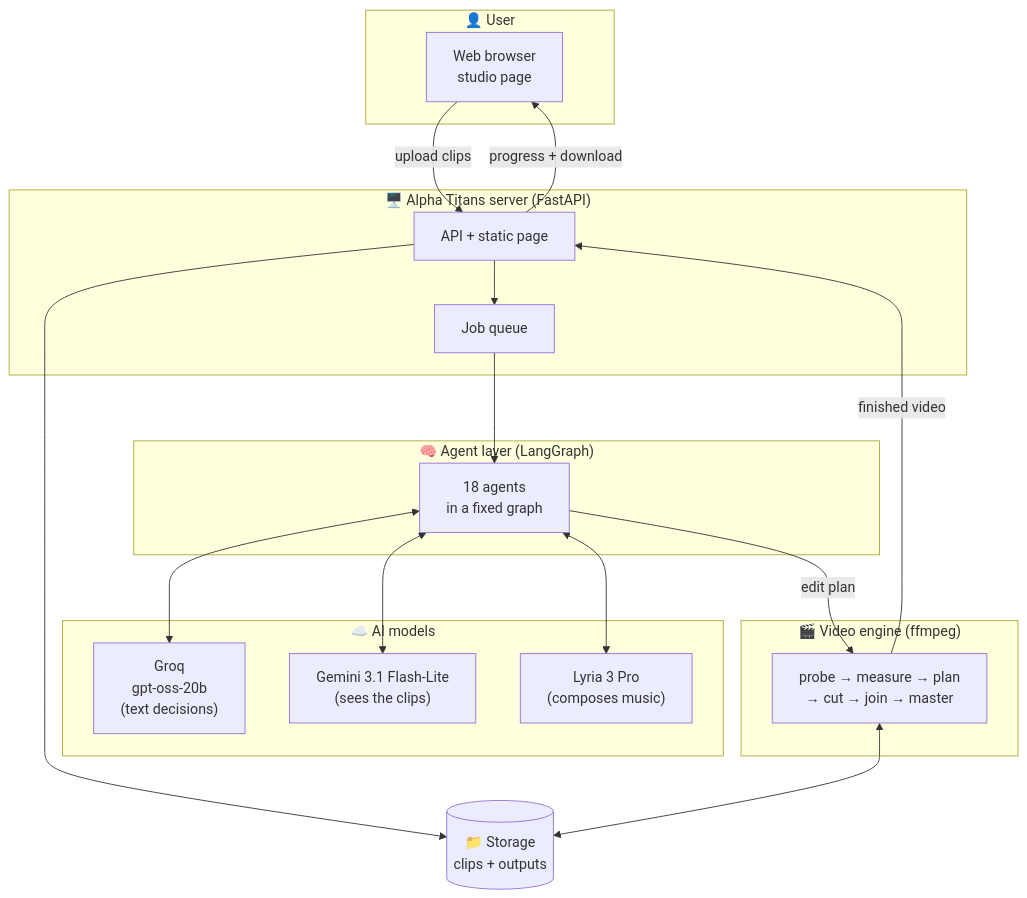
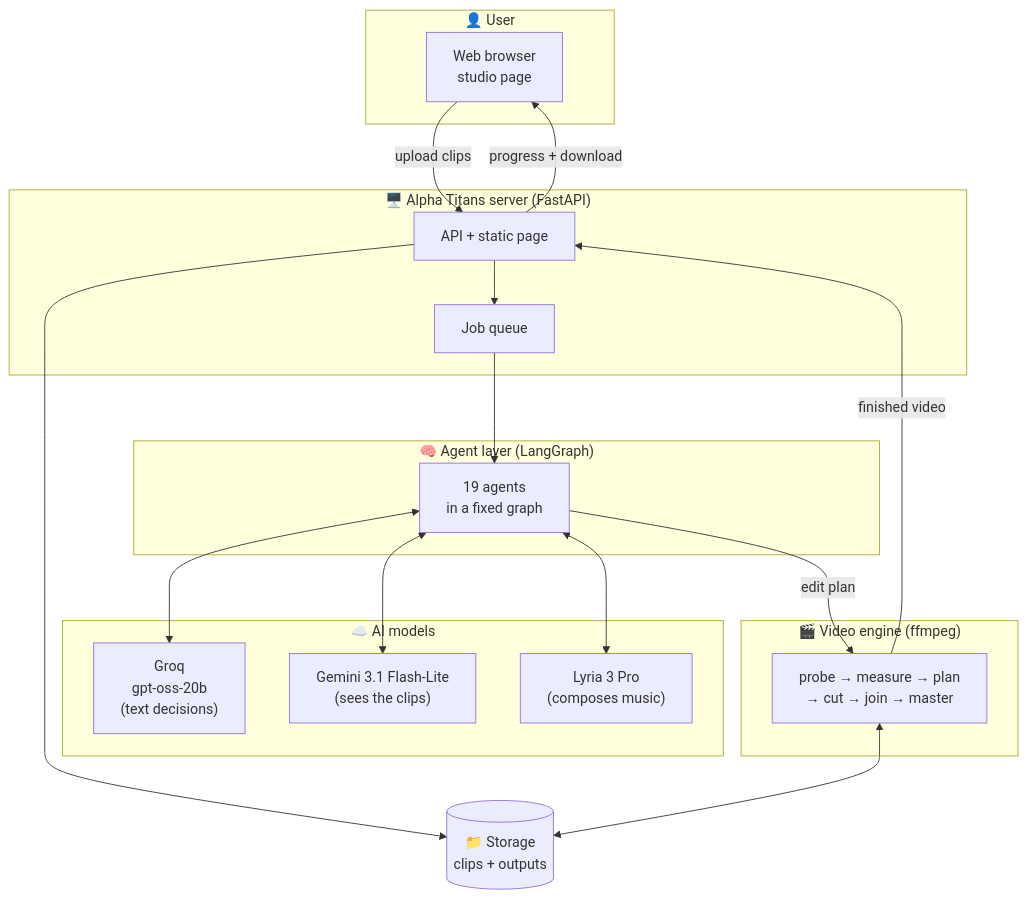
Before and after one commit to akanshalakhina/Alpha_Titans_AI: the second of 6 diagrams in README.md, drawn with Mermaid. The commit also changed other lines of this file and 16 other files, not shown here.

````diff
--- a/README.md
+++ b/README.md
@@ -109,38 +109,38 @@
 ```mermaid
 flowchart TB
     subgraph USER["👤 User"]
         BR["Web browser<br/>studio page"]
     end
 
     subgraph APP["🖥️ Alpha Titans server (FastAPI)"]
         API["API + static page"]
         Q["Job queue"]
     end
 
     subgraph BRAIN["🧠 Agent layer (LangGraph)"]
-        G["18 agents<br/>in a fixed graph"]
+        G["19 agents<br/>in a fixed graph"]
     end
 
     subgraph ENGINE["🎬 Video engine (ffmpeg)"]
         P["probe → measure → plan<br/>→ cut → join → master"]
     end
 
     subgraph AI["☁️ AI models"]
         GROQ["Groq<br/>gpt-oss-20b<br/>(text decisions)"]
         GEM["Gemini 3.1 Flash-Lite<br/>(sees the clips)"]
         LY["Lyria 3 Pro<br/>(composes music)"]
     end
 
     STORE[("📁 Storage<br/>clips + outputs")]
 
     BR -- "upload clips" --> API
     API --> STORE
     API --> Q --> G
     G <--> GROQ
     G <--> GEM
     G <--> LY
     G -- "edit plan" --> P
     P <--> STORE
     P -- "finished video" --> API
     API -- "progress + download" --> BR
 ```
````
